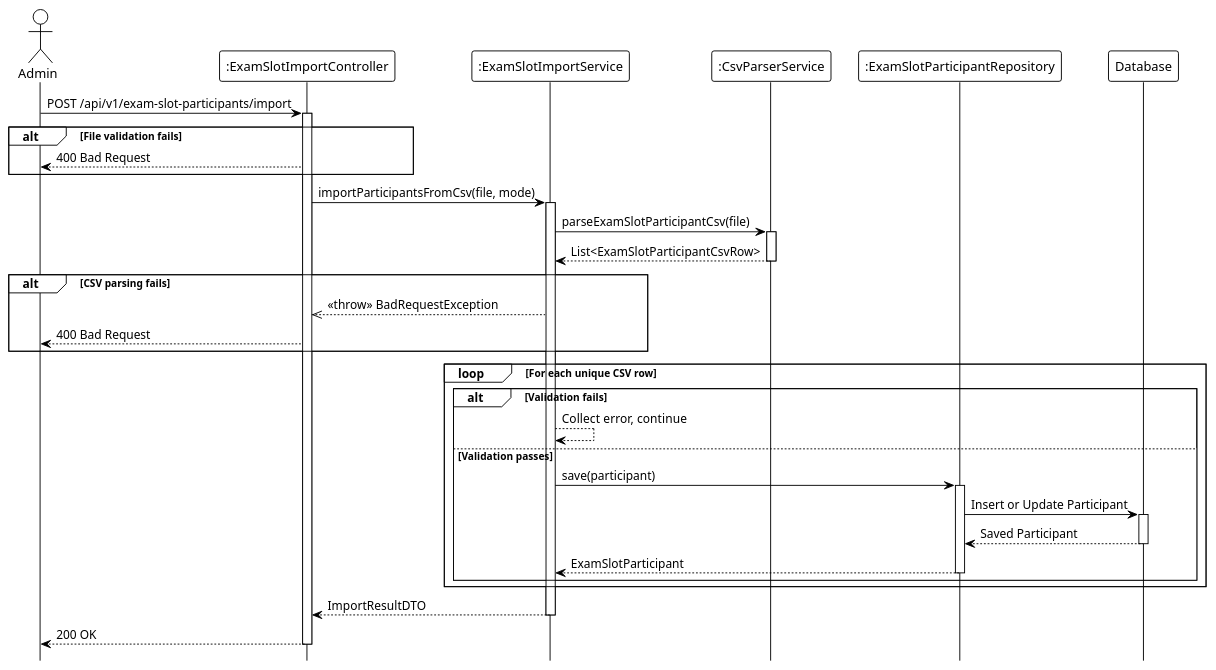
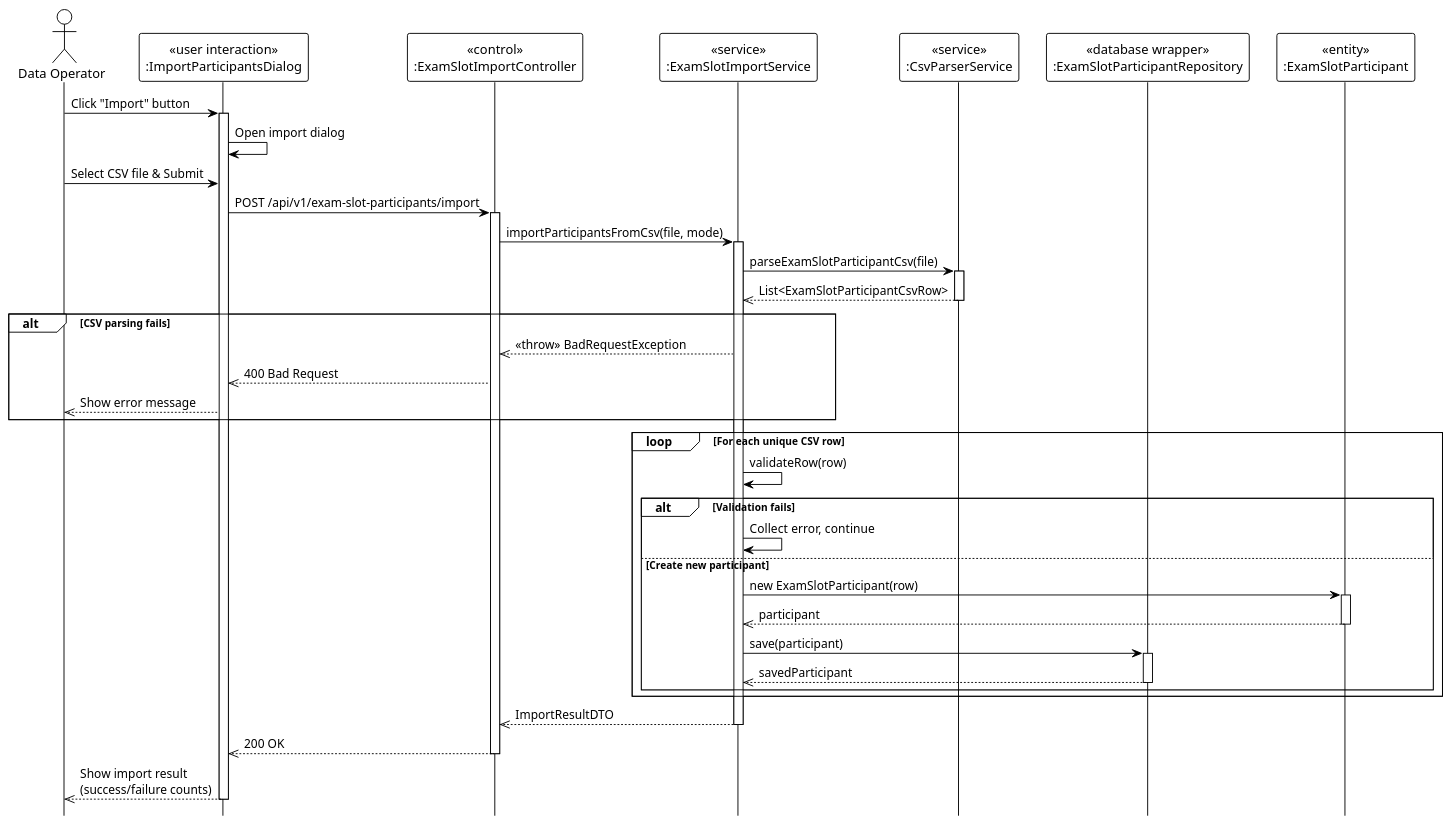
Before and after one commit to Ndh474/context: the diagram in system_detailed_design/41_import_participants_to_exam_slot_via_csv/sequence_diagram_import_participants_to_exam_slot_via_csv.puml, drawn with PlantUML. The commit also changed 2 other files, not shown here.

Commit message:
docs: Add sequence diagrams for adding, removing, and importing exam slot participants.

```diff
--- a/system_detailed_design/41_import_participants_to_exam_slot_via_csv/sequence_diagram_import_participants_to_exam_slot_via_csv.puml
+++ b/system_detailed_design/41_import_participants_to_exam_slot_via_csv/sequence_diagram_import_participants_to_exam_slot_via_csv.puml
@@ -1,67 +1,70 @@
 @startuml import_participants_to_exam_slot_via_csv
 !theme plain
 hide footbox
 
-actor Admin
-participant ":ExamSlotImportController" as Controller
-participant ":ExamSlotImportService" as Service
-participant ":CsvParserService" as CsvParser
-participant ":ExamSlotParticipantRepository" as Repository
-participant "Database" as DB
+actor "Data Operator" as Admin
+
+participant "«user interaction»\n:ImportParticipantsDialog" as UI
+participant "«control»\n:ExamSlotImportController" as Controller
+participant "«service»\n:ExamSlotImportService" as Service
+participant "«service»\n:CsvParserService" as CsvParser
+participant "«database wrapper»\n:ExamSlotParticipantRepository" as Repository
+participant "«entity»\n:ExamSlotParticipant" as Entity
 
 ' --- MAIN FLOW ---
-Admin -> Controller: POST /api/v1/exam-slot-participants/import
+Admin -> UI: Click "Import" button
+activate UI
+
+UI -> UI: Open import dialog
+Admin -> UI: Select CSV file & Submit
+
+UI -> Controller: POST /api/v1/exam-slot-participants/import
 activate Controller
-
-' File validation (internal)
-
-alt File validation fails
-    Controller --> Admin: 400 Bad Request
-end
 
 Controller -> Service: importParticipantsFromCsv(file, mode)
 activate Service
 
 ' --- PARSE CSV ---
 Service -> CsvParser: parseExamSlotParticipantCsv(file)
 activate CsvParser
-
-CsvParser --> Service: List<ExamSlotParticipantCsvRow>
+CsvParser -->> Service: List<ExamSlotParticipantCsvRow>
 deactivate CsvParser
 
 alt CSV parsing fails
     Service -->> Controller: <<throw>> BadRequestException
-    Controller --> Admin: 400 Bad Request
+    Controller -->> UI: 400 Bad Request
+    UI -->> Admin: Show error message
 end
-
-' CSV deduplication (internal)
 
 ' --- BATCH PROCESSING LOOP ---
 loop For each unique CSV row
-    ' Row validation (internal: slot/subject/student/enrollment validation)
+    ' Validation (Internal)
+    Service -> Service: validateRow(row)
 
     alt Validation fails
-        Service --> Service: Collect error, continue
-    else Validation passes
+        Service -> Service: Collect error, continue
+    else Create new participant
+        ' --- CREATE ENTITY ---
+        Service -> Entity: new ExamSlotParticipant(row)
+        activate Entity
+        Entity -->> Service: participant
+        deactivate Entity
+        
+        ' --- SAVE ---
         Service -> Repository: save(participant)
         activate Repository
-        
-        Repository -> DB: Insert or Update Participant
-        activate DB
-        DB --> Repository: Saved Participant
-        deactivate DB
-        
-        Repository --> Service: ExamSlotParticipant
+        Repository -->> Service: savedParticipant
         deactivate Repository
     end
 end
 
-' Build result with success/failure counts (internal)
-
-Service --> Controller: ImportResultDTO
+Service -->> Controller: ImportResultDTO
 deactivate Service
 
-Controller --> Admin: 200 OK
+Controller -->> UI: 200 OK
 deactivate Controller
 
+UI -->> Admin: Show import result\n(success/failure counts)
+deactivate UI
+
 @enduml
```
